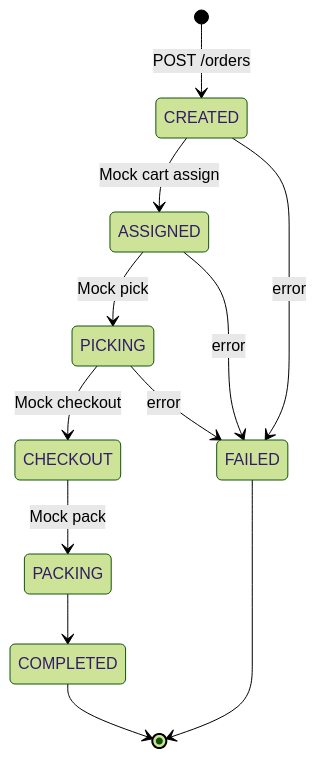
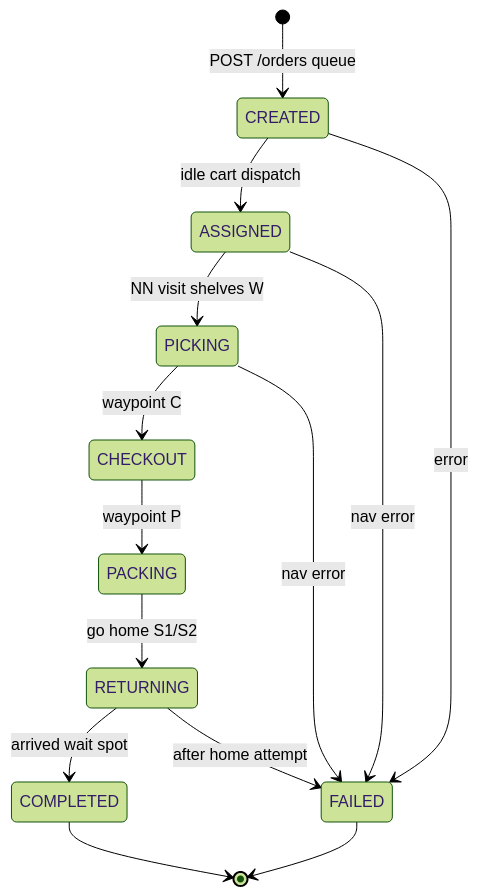
One commit to hyj07003/PS_project changed the third of 3 diagrams in server/README.md. Above: the diagram before and after it, drawn with Mermaid (forest theme). The commit also changed other lines of this file and 33 other files, not shown here.

````diff
--- a/server/README.md
+++ b/server/README.md
@@ -610,14 +613,16 @@
 ```mermaid
 stateDiagram-v2
-  [*] --> CREATED: POST /orders
-  CREATED --> ASSIGNED: Mock cart assign
-  ASSIGNED --> PICKING: Mock pick
-  PICKING --> CHECKOUT: Mock checkout
-  CHECKOUT --> PACKING: Mock pack
-  PACKING --> COMPLETED
+  [*] --> CREATED: POST /orders queue
+  CREATED --> ASSIGNED: idle cart dispatch
+  ASSIGNED --> PICKING: NN visit shelves W
+  PICKING --> CHECKOUT: waypoint C
+  CHECKOUT --> PACKING: waypoint P
+  PACKING --> RETURNING: go home S1/S2
+  RETURNING --> COMPLETED: arrived wait spot
   CREATED --> FAILED: error
-  ASSIGNED --> FAILED: error
-  PICKING --> FAILED: error
+  ASSIGNED --> FAILED: nav error
+  PICKING --> FAILED: nav error
+  RETURNING --> FAILED: after home attempt
   COMPLETED --> [*]
   FAILED --> [*]
 ```
````
